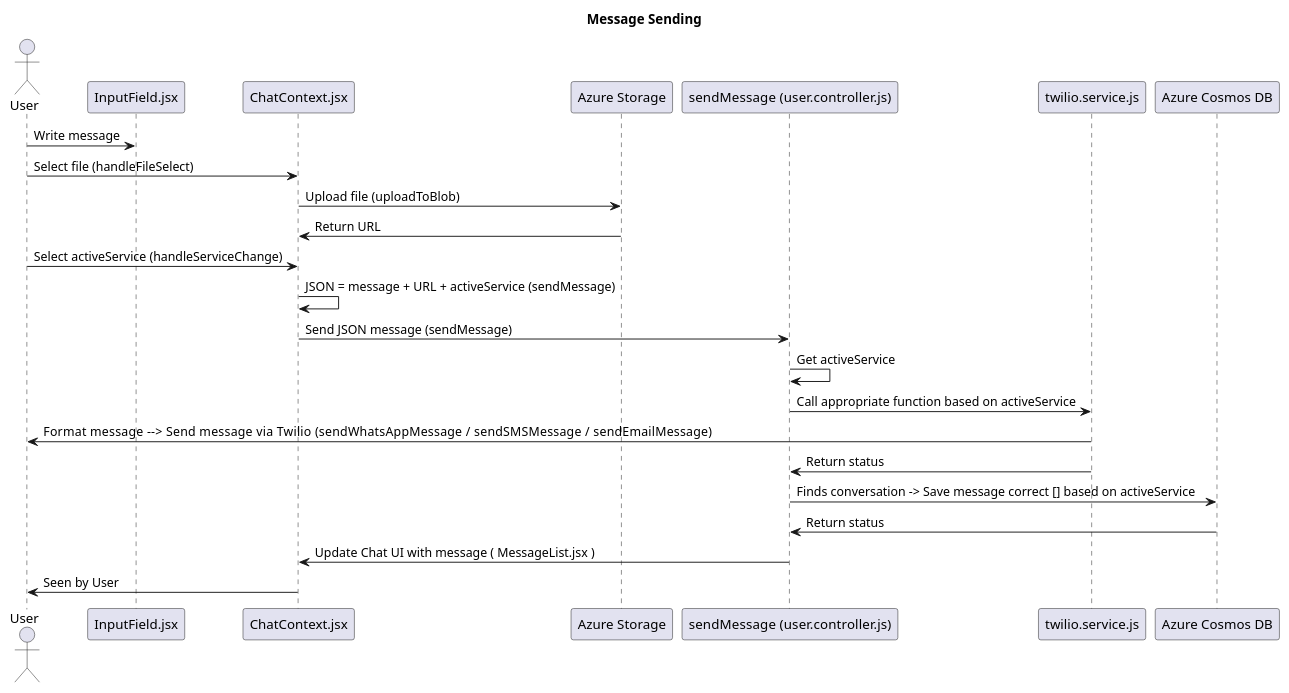
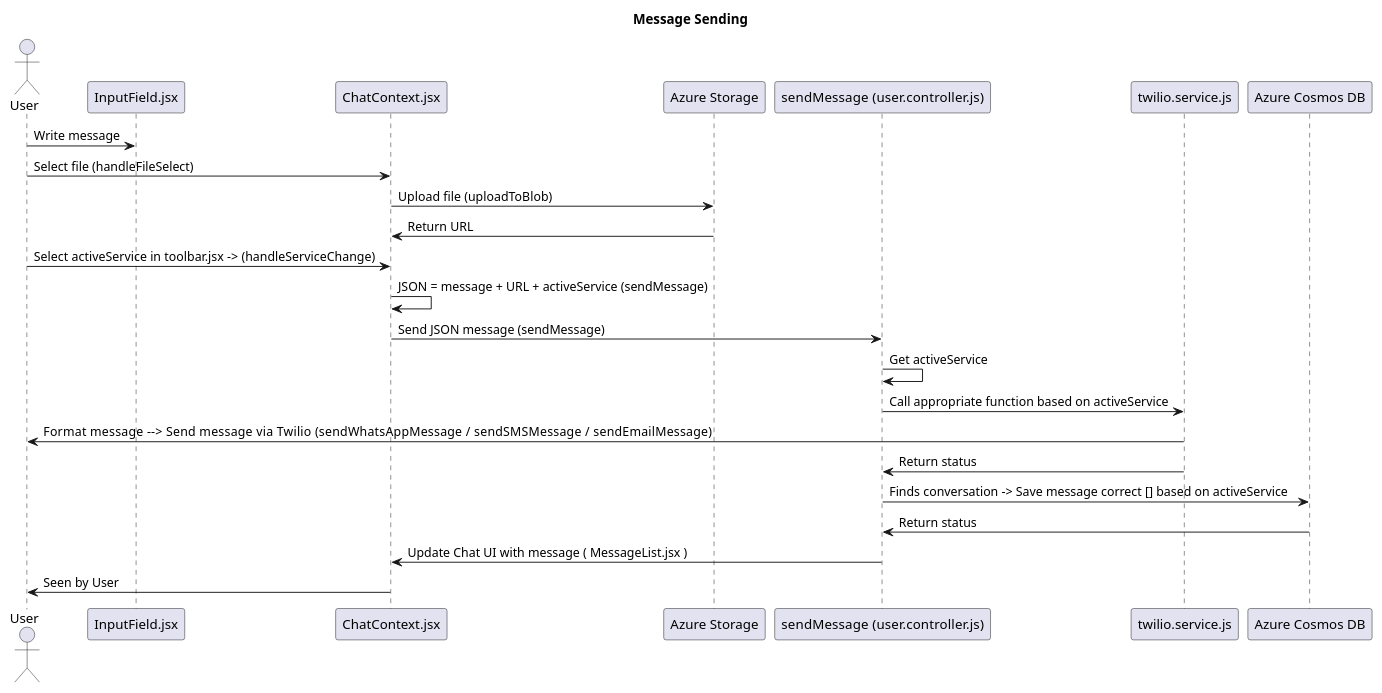
One commit to RajatRajSharma/Twilio_conversation changed the diagram in docs/.PUML/messageSending.puml. Above: the diagram before and after it, drawn with PlantUML.

```diff
--- a/docs/.PUML/messageSending.puml
+++ b/docs/.PUML/messageSending.puml
@@ -1,28 +1,28 @@
 @startuml
 title Message Sending
 
 actor User
 participant "InputField.jsx" as IF
 participant "ChatContext.jsx" as CC
 participant "Azure Storage" as AS
 participant "sendMessage (user.controller.js)" as UCC
 participant "twilio.service.js" as TS
 participant "Azure Cosmos DB" as ADB
 
 User -> IF: Write message
 User -> CC: Select file (handleFileSelect)
 CC -> AS: Upload file (uploadToBlob)
 AS -> CC: Return URL
-User -> CC: Select activeService (handleServiceChange)
+User -> CC: Select activeService in toolbar.jsx -> (handleServiceChange)
 CC -> CC: JSON = message + URL + activeService (sendMessage) 
 CC -> UCC: Send JSON message (sendMessage)
 UCC -> UCC: Get activeService
 UCC -> TS: Call appropriate function based on activeService
 TS -> User: Format message  -->  Send message via Twilio  (sendWhatsAppMessage  /  sendSMSMessage  /  sendEmailMessage)
 TS -> UCC: Return status
 UCC -> ADB: Finds conversation -> Save message correct [] based on activeService
 ADB -> UCC: Return status
 UCC -> CC: Update Chat UI with message ( MessageList.jsx )
 CC -> User: Seen by User
 
 @enduml
```
